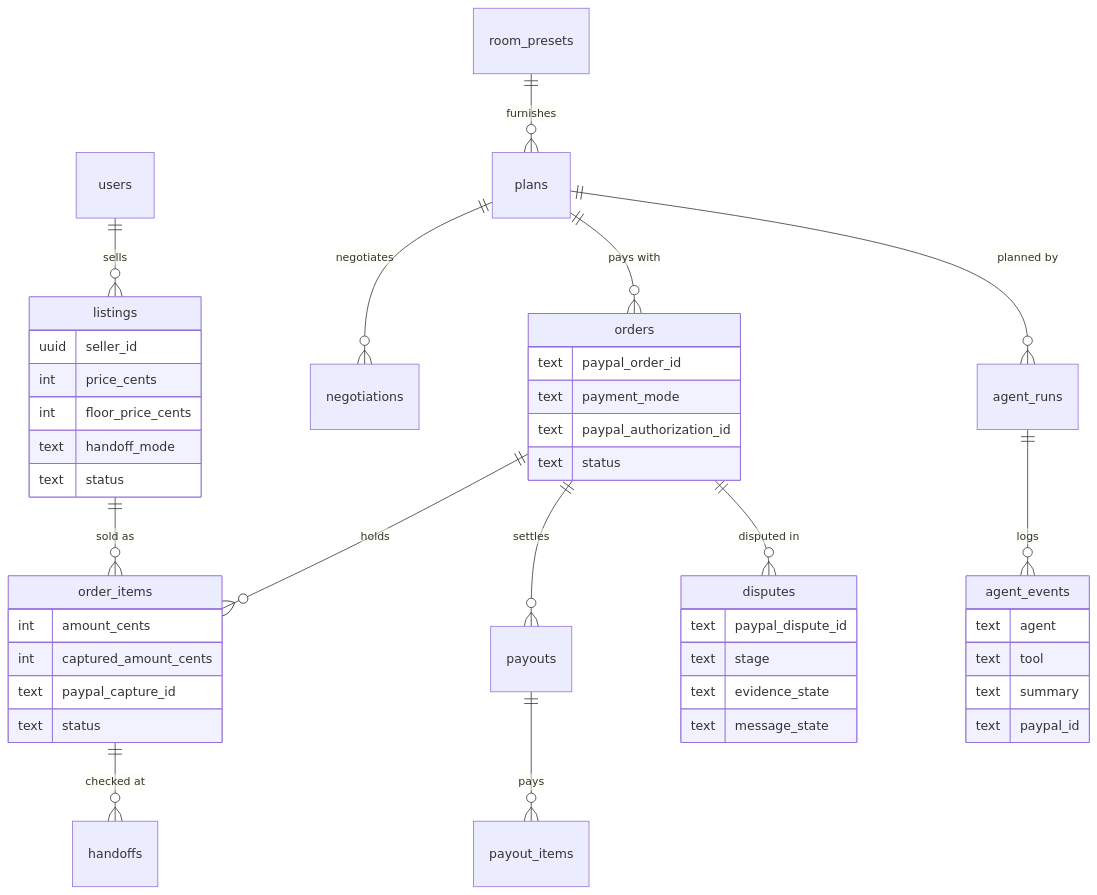
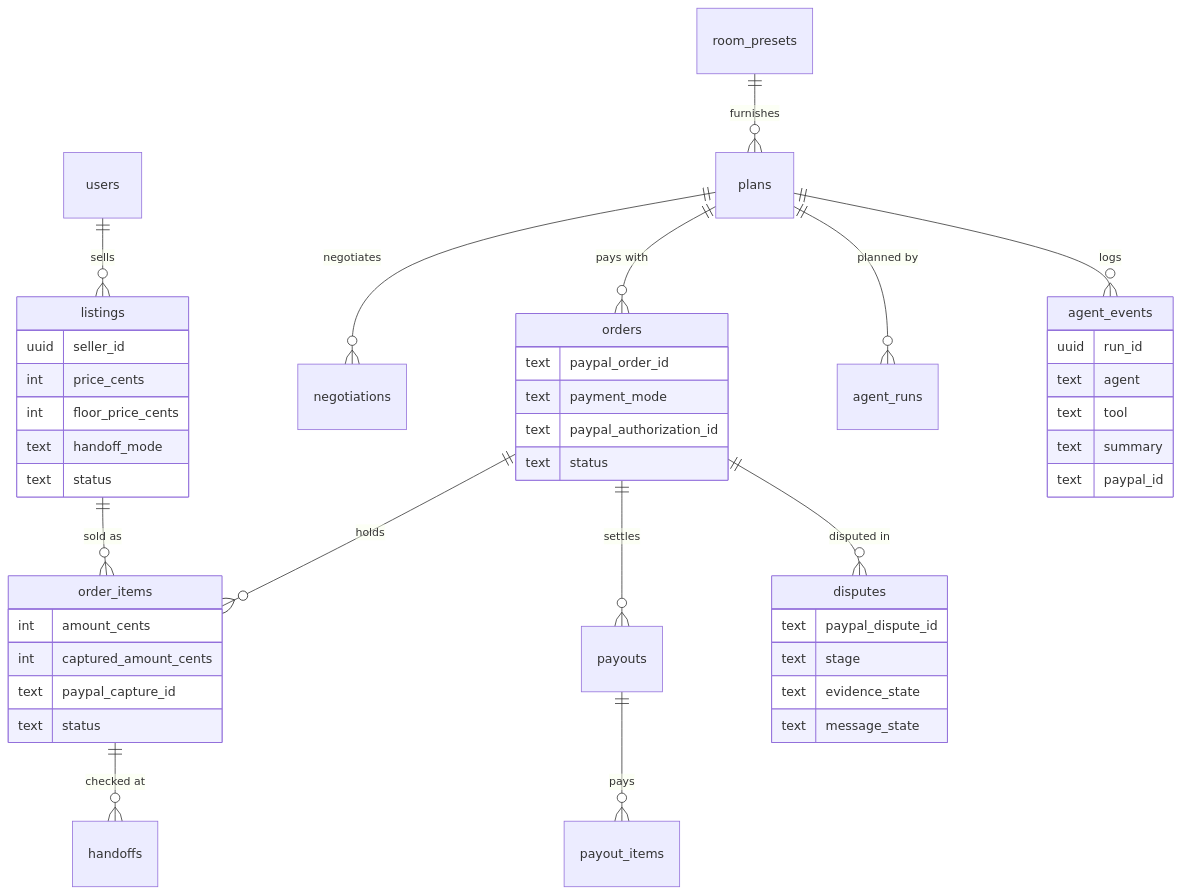
The sixth of 6 diagrams in README.md (starJin2003/roomover), drawn with Mermaid before and after one commit. The commit also changed other lines of this file and 2 other files, not shown here.

Commit message:
Tighten the README and redraw the stack diagram from the code

````diff
--- a/README.md
+++ b/README.md
@@ -333,46 +364,47 @@
 ```mermaid
 erDiagram
     users ||--o{ listings : sells
     room_presets ||--o{ plans : furnishes
     plans ||--o{ negotiations : negotiates
     plans ||--o{ orders : "pays with"
     orders ||--o{ order_items : holds
     listings ||--o{ order_items : "sold as"
     order_items ||--o{ handoffs : "checked at"
     orders ||--o{ payouts : settles
     payouts ||--o{ payout_items : pays
     orders ||--o{ disputes : "disputed in"
     plans ||--o{ agent_runs : "planned by"
-    agent_runs ||--o{ agent_events : logs
+    plans ||--o{ agent_events : logs
     listings {
         uuid seller_id
         int price_cents
         int floor_price_cents
         text handoff_mode
         text status
     }
     orders {
         text paypal_order_id
         text payment_mode
         text paypal_authorization_id
         text status
     }
     order_items {
         int amount_cents
         int captured_amount_cents
         text paypal_capture_id
         text status
     }
     disputes {
         text paypal_dispute_id
         text stage
         text evidence_state
         text message_state
     }
     agent_events {
+        uuid run_id
         text agent
         text tool
         text summary
         text paypal_id
     }
 ```
````
